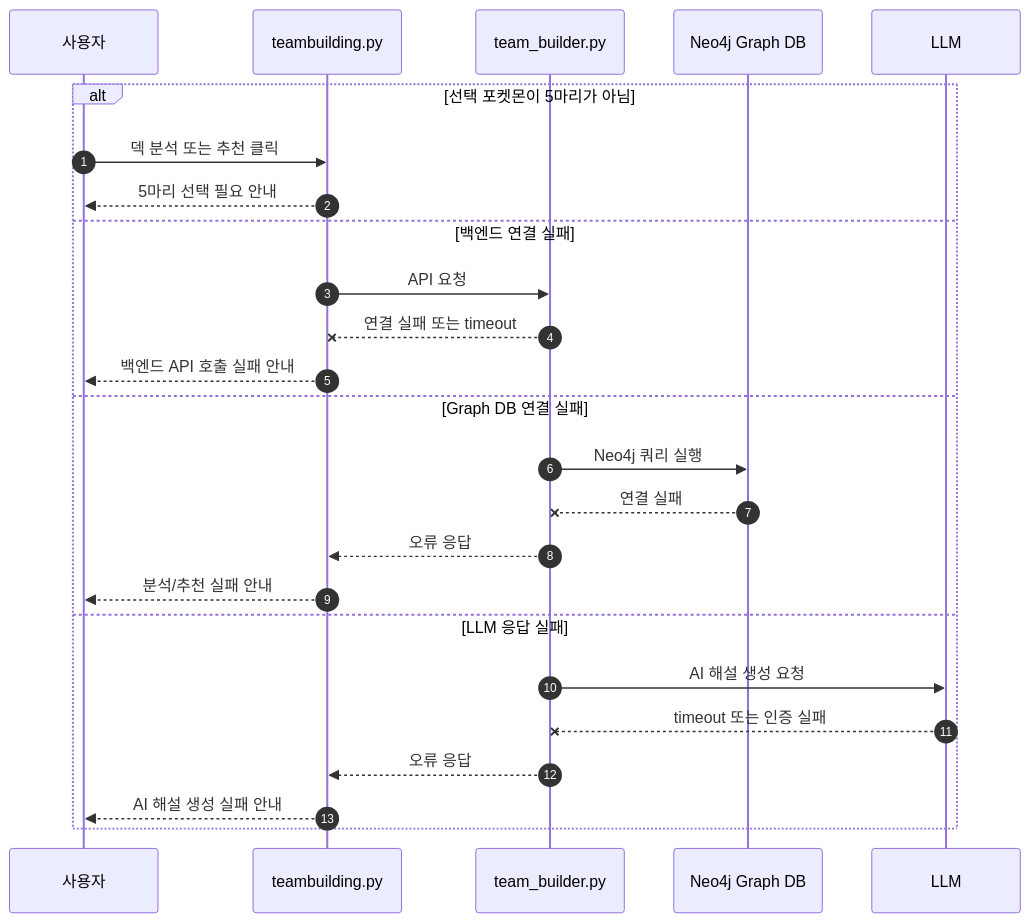
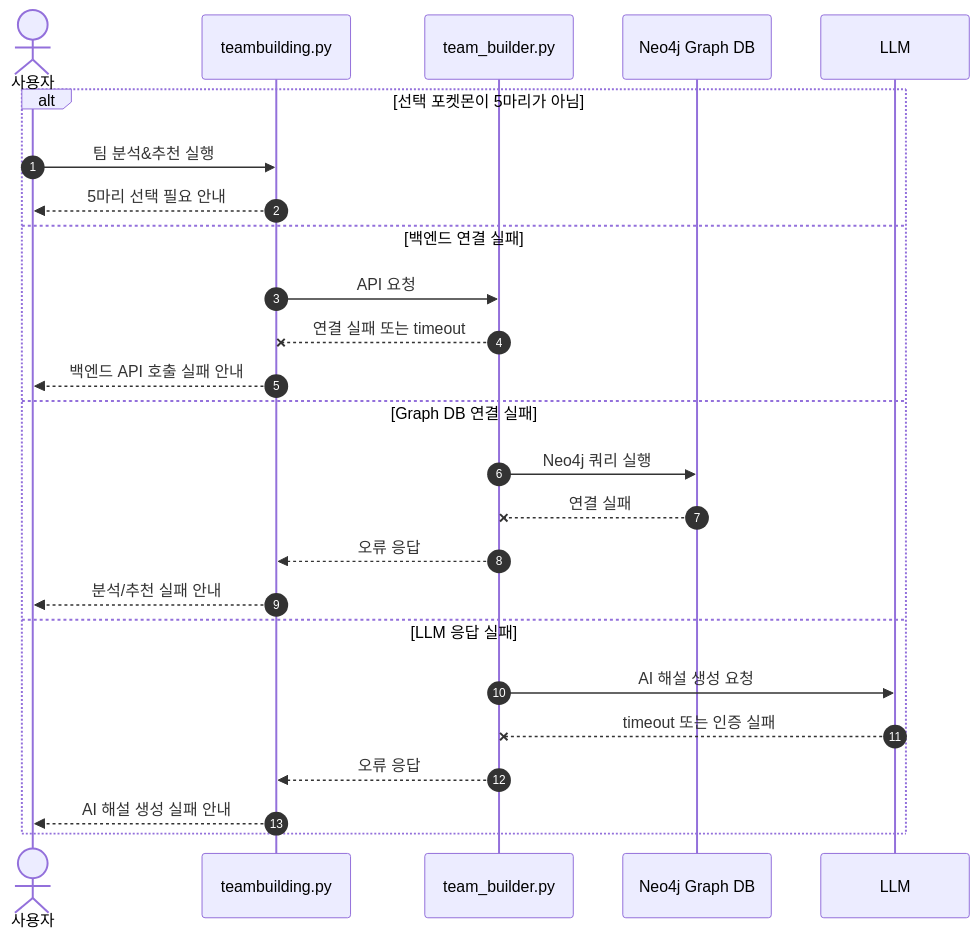
The fourth of 4 diagrams in docs/팀빌딩/04_시퀀스다이어그램.md (SKNETWORKS-FAMILY-AICAMP/SKN27-3rd-3TEAM), drawn with Mermaid before and after one commit. The commit also changed other lines of this file, not shown here.

Commit message:
시퀀스다이어그램 수정

````diff
--- a/docs/팀빌딩/04_시퀀스다이어그램.md
+++ b/docs/팀빌딩/04_시퀀스다이어그램.md
@@ -214,28 +196,28 @@
 ```mermaid
 sequenceDiagram
     autonumber
-    participant User as 사용자
+    actor User as 사용자
     participant FE as teambuilding.py
     participant API as team_builder.py
     participant GDB as Neo4j Graph DB
     participant LLM as LLM
 
     alt 선택 포켓몬이 5마리가 아님
-        User->>FE: 덱 분석 또는 추천 클릭
+        User->>FE: 팀 분석&추천 실행
         FE-->>User: 5마리 선택 필요 안내
     else 백엔드 연결 실패
         FE->>API: API 요청
         API--x FE: 연결 실패 또는 timeout
         FE-->>User: 백엔드 API 호출 실패 안내
     else Graph DB 연결 실패
         API->>GDB: Neo4j 쿼리 실행
         GDB--x API: 연결 실패
         API-->>FE: 오류 응답
         FE-->>User: 분석/추천 실패 안내
     else LLM 응답 실패
         API->>LLM: AI 해설 생성 요청
         LLM--x API: timeout 또는 인증 실패
         API-->>FE: 오류 응답
         FE-->>User: AI 해설 생성 실패 안내
     end
 ```
````
